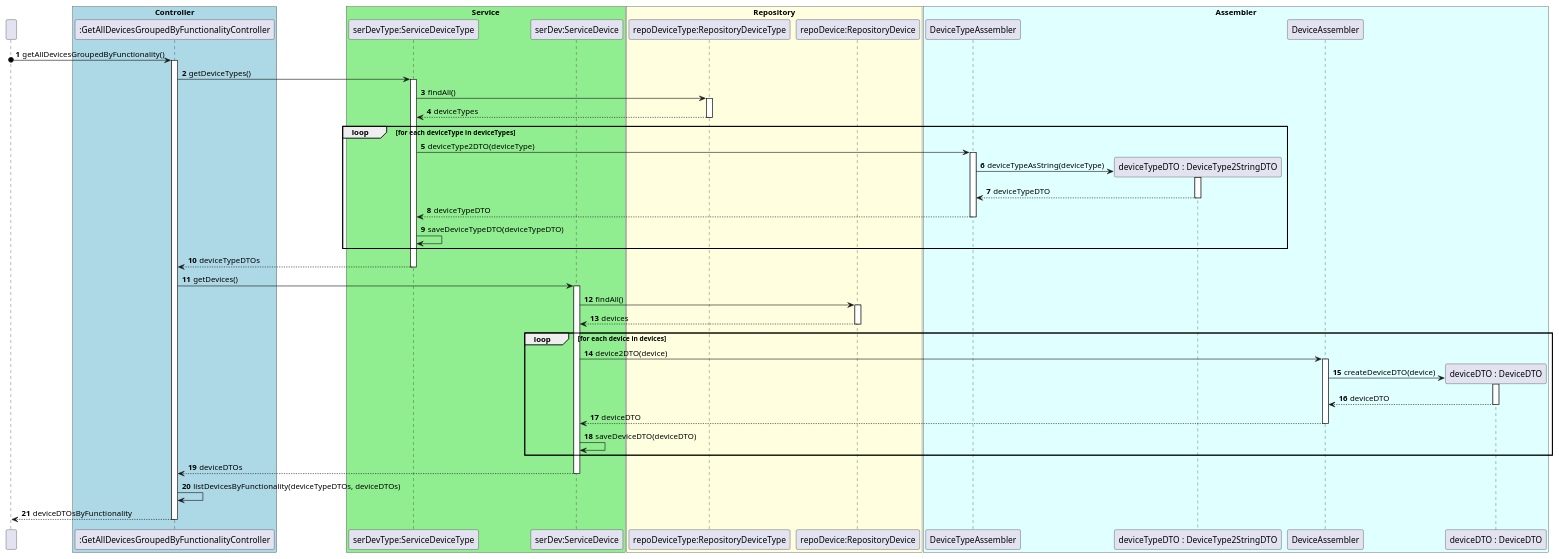
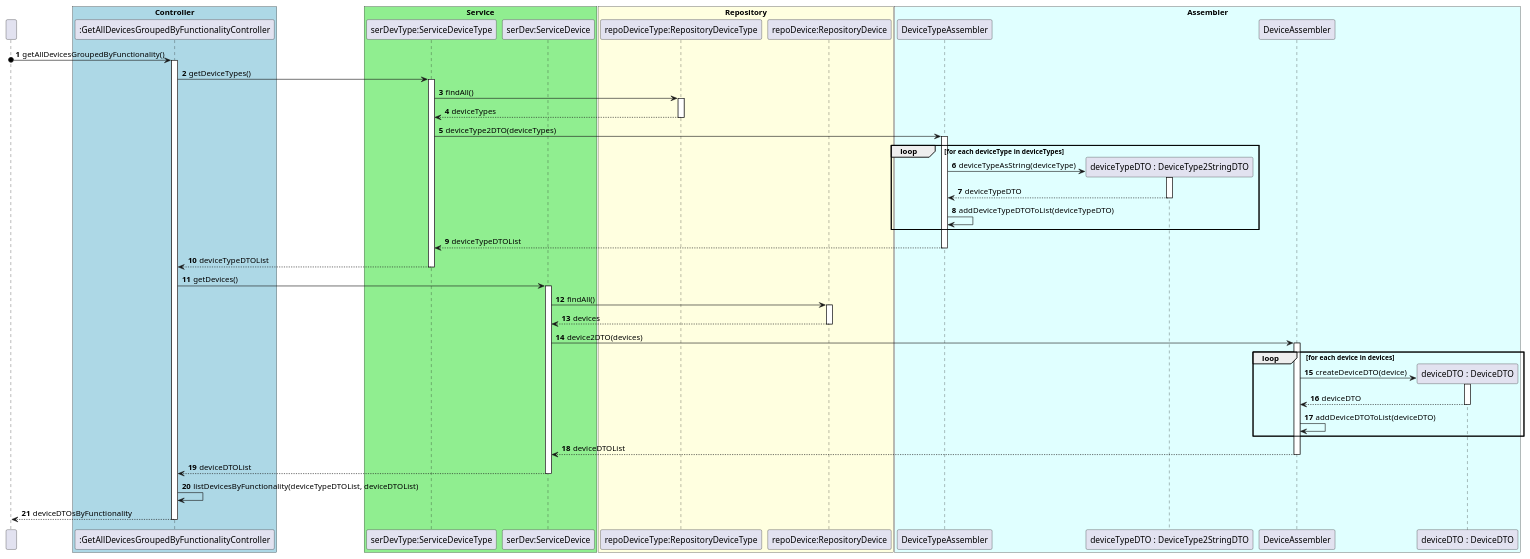
The diagram in docs/ood/sequenceDiagram/US09GetAllDevicesGroupedByFunctionality.puml (olivDiogo/SmartHome), drawn with PlantUML before and after one commit.

Commit message:
#102 [UPDATE]: Updated sequence diagram for US09. Close issue.

```diff
--- a/docs/ood/sequenceDiagram/US09GetAllDevicesGroupedByFunctionality.puml
+++ b/docs/ood/sequenceDiagram/US09GetAllDevicesGroupedByFunctionality.puml
@@ -1,121 +1,120 @@
 @startuml
 'https://plantuml.com/sequence-diagram
 !pragma layout smetana
 
 participant " " as User
 
 box "Controller" #LightBlue
 participant ":GetAllDevicesGroupedByFunctionalityController" as GetAllDevicesGroupedByFunctionalityController
 end box
 
 box "Service" #LightGreen
 participant "serDevType:ServiceDeviceType" as ServiceDeviceType
 
 participant "serDev:ServiceDevice" as ServiceDevice
 end box
 
 box "Repository" #LightYellow
 participant "repoDeviceType:RepositoryDeviceType" as RepositoryDeviceType
 
 participant "repoDevice:RepositoryDevice" as RepositoryDevice
 end box
 
 box "Assembler" #LightCyan
 participant "DeviceTypeAssembler" as DeviceTypeAssembler
 
 participant "deviceTypeDTO : DeviceType2StringDTO" as DeviceType2StringDTO
 
 participant "DeviceAssembler" as DeviceAssembler
 
 participant "deviceDTO : DeviceDTO" as DeviceDTO
 end box
 
 autonumber
 
 User o-> GetAllDevicesGroupedByFunctionalityController: getAllDevicesGroupedByFunctionality()
 
 activate GetAllDevicesGroupedByFunctionalityController
 
 GetAllDevicesGroupedByFunctionalityController -> ServiceDeviceType: getDeviceTypes()
 
 activate ServiceDeviceType
 
 ServiceDeviceType -> RepositoryDeviceType: findAll()
 
 activate RepositoryDeviceType
 
 RepositoryDeviceType --> ServiceDeviceType: deviceTypes
 
 deactivate RepositoryDeviceType
 
+ServiceDeviceType -> DeviceTypeAssembler: deviceType2DTO(deviceTypes)
+
 loop for each deviceType in deviceTypes
-    ServiceDeviceType -> DeviceTypeAssembler: deviceType2DTO(deviceType)
-
     activate DeviceTypeAssembler
     create DeviceType2StringDTO
     DeviceTypeAssembler -> DeviceType2StringDTO: deviceTypeAsString(deviceType)
 
     activate DeviceType2StringDTO
 
     DeviceType2StringDTO --> DeviceTypeAssembler: deviceTypeDTO
 
     deactivate DeviceType2StringDTO
 
-    DeviceTypeAssembler --> ServiceDeviceType: deviceTypeDTO
-
-    deactivate DeviceTypeAssembler
-
-    ServiceDeviceType -> ServiceDeviceType: saveDeviceTypeDTO(deviceTypeDTO)
-
+    DeviceTypeAssembler -> DeviceTypeAssembler: addDeviceTypeDTOToList(deviceTypeDTO)
 end
 
-ServiceDeviceType --> GetAllDevicesGroupedByFunctionalityController : deviceTypeDTOs
+DeviceTypeAssembler --> ServiceDeviceType: deviceTypeDTOList
+
+deactivate DeviceTypeAssembler
+
+ServiceDeviceType --> GetAllDevicesGroupedByFunctionalityController : deviceTypeDTOList
 
 deactivate ServiceDeviceType
 
 
 
 GetAllDevicesGroupedByFunctionalityController -> ServiceDevice : getDevices()
 
 activate ServiceDevice
 
 ServiceDevice -> RepositoryDevice: findAll()
 
 activate RepositoryDevice
 
 RepositoryDevice --> ServiceDevice: devices
 
 deactivate RepositoryDevice
 
+ServiceDevice -> DeviceAssembler: device2DTO(devices)
+
 loop for each device in devices
-    ServiceDevice -> DeviceAssembler: device2DTO(device)
-
     activate DeviceAssembler
     create DeviceDTO
     DeviceAssembler -> DeviceDTO: createDeviceDTO(device)
 
     activate DeviceDTO
 
     DeviceDTO --> DeviceAssembler: deviceDTO
 
     deactivate DeviceDTO
 
-    DeviceAssembler --> ServiceDevice: deviceDTO
-
-    deactivate DeviceAssembler
-
-    ServiceDevice -> ServiceDevice: saveDeviceDTO(deviceDTO)
-
+    DeviceAssembler -> DeviceAssembler: addDeviceDTOToList(deviceDTO)
 end
 
-ServiceDevice --> GetAllDevicesGroupedByFunctionalityController: deviceDTOs
+DeviceAssembler --> ServiceDevice: deviceDTOList
+
+deactivate DeviceAssembler
+
+
+ServiceDevice --> GetAllDevicesGroupedByFunctionalityController: deviceDTOList
 
 deactivate ServiceDevice
 
-GetAllDevicesGroupedByFunctionalityController -> GetAllDevicesGroupedByFunctionalityController: listDevicesByFunctionality(deviceTypeDTOs, deviceDTOs)
+GetAllDevicesGroupedByFunctionalityController -> GetAllDevicesGroupedByFunctionalityController: listDevicesByFunctionality(deviceTypeDTOList, deviceDTOList)
 
 GetAllDevicesGroupedByFunctionalityController --> User: deviceDTOsByFunctionality
 
 deactivate GetAllDevicesGroupedByFunctionalityController
 
 @enduml
```
